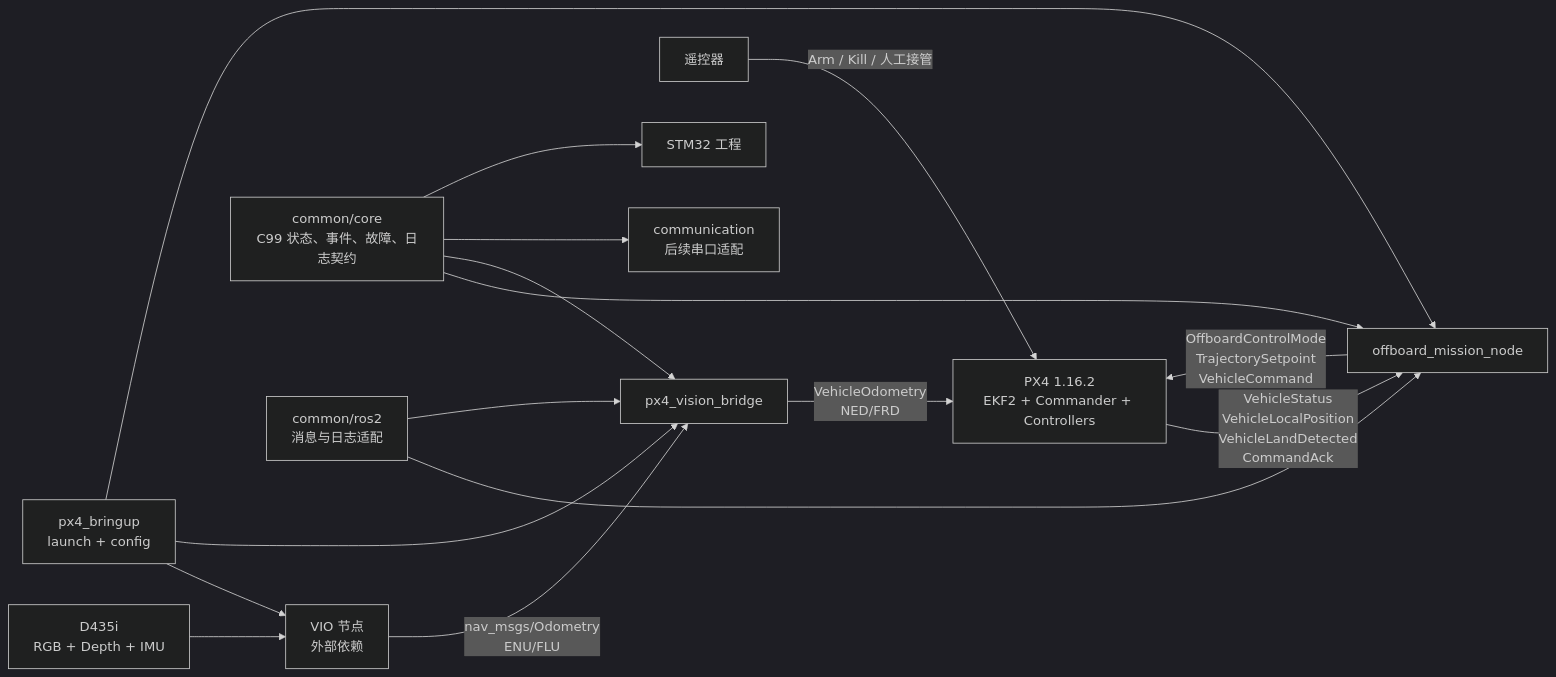
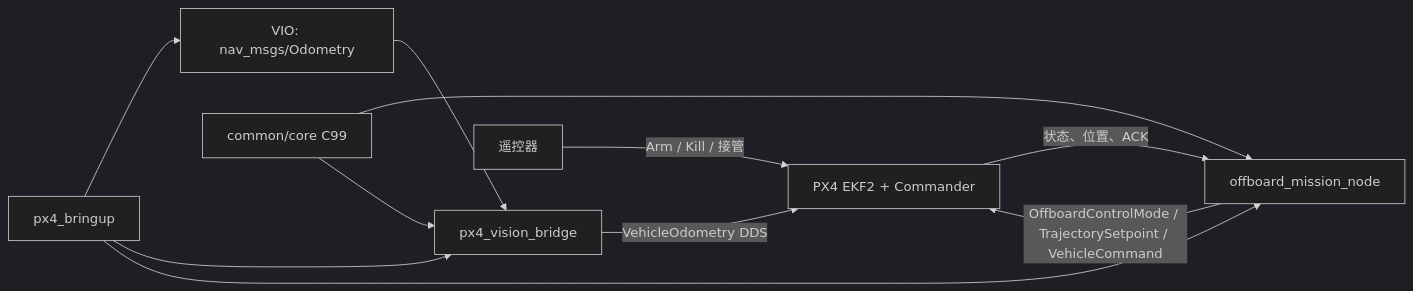
The diagram in docs/BoomBoomFly_统一技术路线.md (BoomBoomFly/BoomBoomFly), drawn with Mermaid (dark theme) before and after one commit. The commit also changed other lines of this file and 6 other files, not shown here.

````diff
--- a/docs/BoomBoomFly_统一技术路线.md
+++ b/docs/BoomBoomFly_统一技术路线.md
@@ -93,21 +33,13 @@
 ```mermaid
 flowchart LR
-    D435["D435i\nRGB + Depth + IMU"] --> VIO["VIO 节点\n外部依赖"]
-    VIO -->|"nav_msgs/Odometry\nENU/FLU"| VB["px4_vision_bridge"]
-    VB -->|"VehicleOdometry\nNED/FRD"| PX4["PX4 1.16.2\nEKF2 + Commander + Controllers"]
-
-    RC["遥控器"] -->|"Arm / Kill / 人工接管"| PX4
-    PX4 -->|"VehicleStatus\nVehicleLocalPosition\nVehicleLandDetected\nCommandAck"| OFF["offboard_mission_node"]
-    OFF -->|"OffboardControlMode\nTrajectorySetpoint\nVehicleCommand"| PX4
-
-    CORE["common/core\nC99 状态、事件、故障、日志契约"] --> OFF
+    VIO["VIO: nav_msgs/Odometry"] --> VB[px4_vision_bridge]
+    VB -->|"VehicleOdometry DDS"| PX4["PX4 EKF2 + Commander"]
+    RC[遥控器] -->|"Arm / Kill / 接管"| PX4
+    PX4 -->|"状态、位置、ACK"| OFF[offboard_mission_node]
+    OFF -->|"OffboardControlMode / TrajectorySetpoint / VehicleCommand"| PX4
+    CORE["common/core C99"] --> OFF
     CORE --> VB
-    CORE --> COMM["communication\n后续串口适配"]
-    CORE --> STM["STM32 工程"]
-    ROS["common/ros2\n消息与日志适配"] --> OFF
-    ROS --> VB
-
-    BRINGUP["px4_bringup\nlaunch + config"] --> VIO
+    BRINGUP[px4_bringup] --> VIO
     BRINGUP --> VB
     BRINGUP --> OFF
 ```
````
